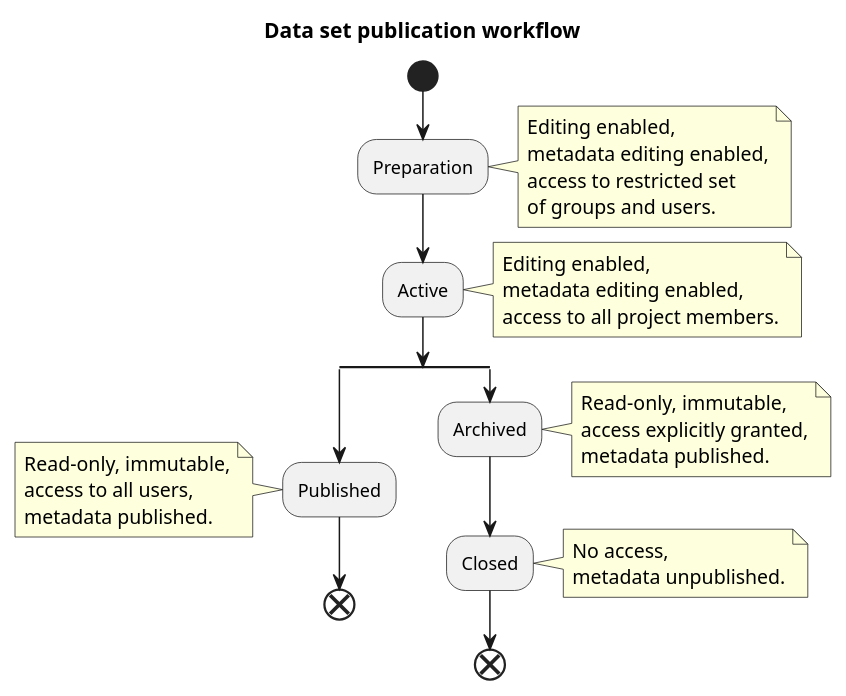
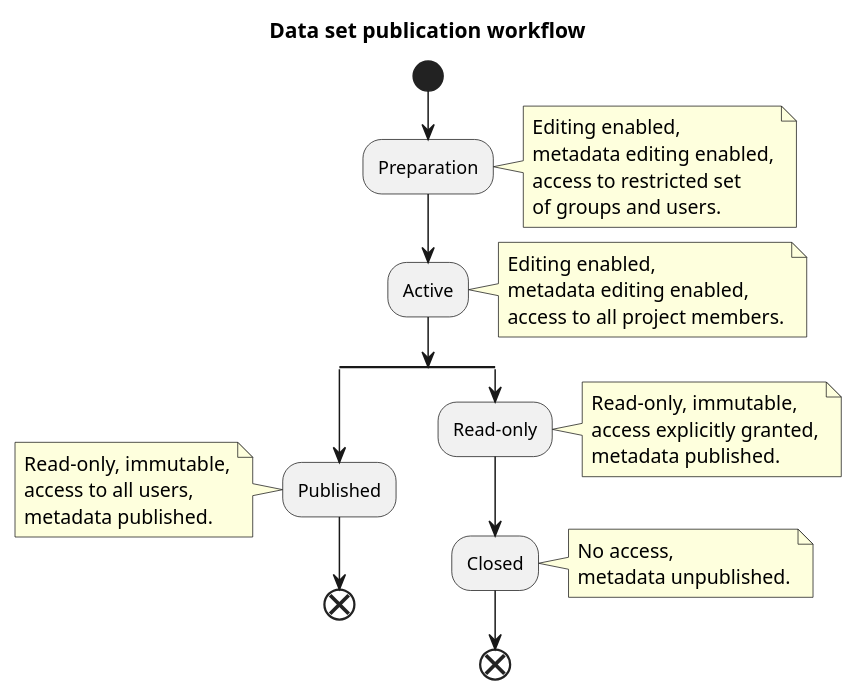
Before and after one commit to thehyve/fairspace: the diagram in docs/images/diagrams/Publication workflow.puml, drawn with PlantUML. The commit also changed 12 other files, not shown here.

Commit message:
Change collection status name from "Archived" to "Read-only".

```diff
--- a/docs/images/diagrams/Publication workflow.puml
+++ b/docs/images/diagrams/Publication workflow.puml
@@ -1,41 +1,41 @@
 @startuml Publication workflow
 
 title Data set publication workflow
 
 start
 :Preparation;
 note right
     Editing enabled,
     metadata editing enabled,
     access to restricted set
     of groups and users.
 end note
 :Active;
 note right
     Editing enabled,
     metadata editing enabled,
     access to all project members.
 end note
 split
     :Published;
     note left
         Read-only, immutable,
         access to all users,
         metadata published.
     end note
     end
 split again
-    :Archived;
+    :Read-only;
     note right
         Read-only, immutable,
         access explicitly granted,
         metadata published.
     end note
     :Closed;
     note right
         No access,
         metadata unpublished.
     end note
     end
 end split
 @enduml
```
